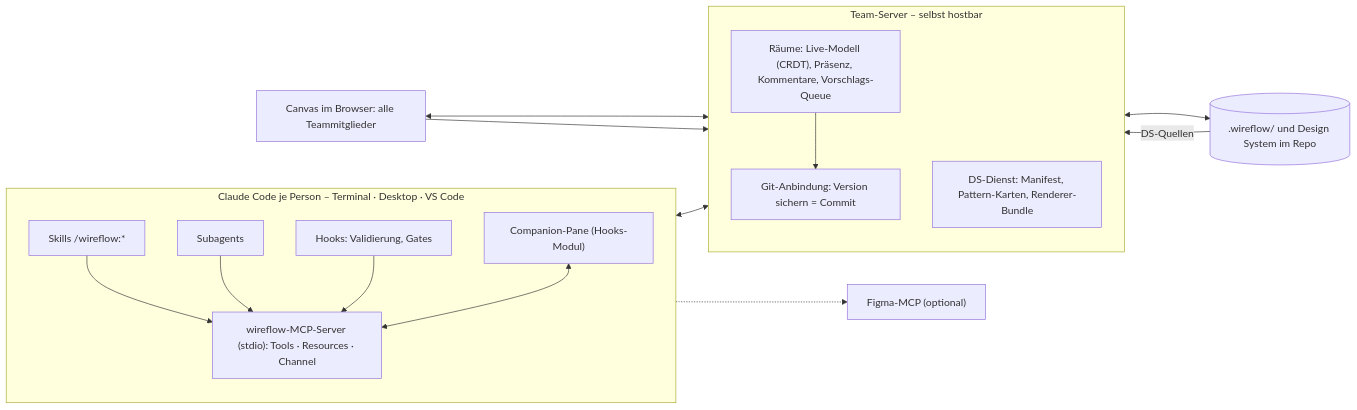
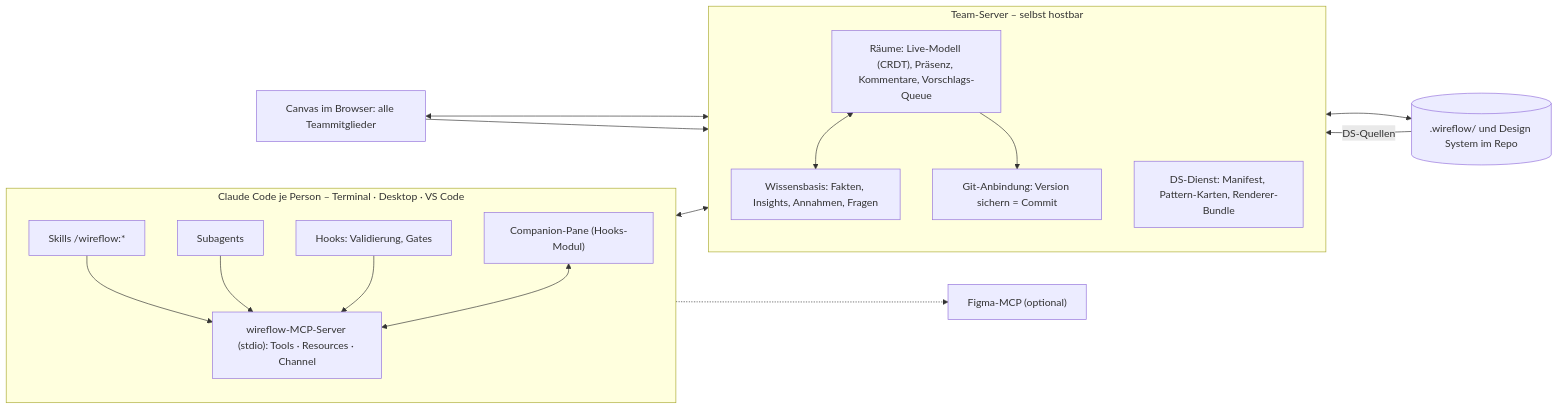
Before and after one commit to Arcade1080/awesome-uxe: the second of 5 diagrams in concepts/wireflow-studio/README.md, drawn with Mermaid. The commit also changed other lines of this file and 2 other files, not shown here.

````diff
--- a/concepts/wireflow-studio/README.md
+++ b/concepts/wireflow-studio/README.md
@@ -335,32 +358,34 @@
 ```mermaid
 flowchart LR
   subgraph CC["Claude Code je Person – Terminal · Desktop · VS Code"]
     direction TB
     SK["Skills /wireflow:*"]
     AG["Subagents"]
     HK["Hooks: Validierung, Gates"]
     PN["Companion-Pane (Hooks-Modul)"]
     MCP["wireflow-MCP-Server (stdio): Tools · Resources · Channel"]
   end
   subgraph TS["Team-Server – selbst hostbar"]
     direction TB
     ROOM["Räume: Live-Modell (CRDT), Präsenz, Kommentare, Vorschlags-Queue"]
+    KB["Wissensbasis: Fakten, Insights, Annahmen, Fragen"]
     DSS["DS-Dienst: Manifest, Pattern-Karten, Renderer-Bundle"]
     GIT["Git-Anbindung: Version sichern = Commit"]
   end
   BR["Canvas im Browser: alle Teammitglieder"]
   REPO[(".wireflow/ und Design System im Repo")]
   FIG["Figma-MCP (optional)"]
 
   SK --> MCP
   AG --> MCP
   HK --> MCP
   PN <--> MCP
   MCP <--> ROOM
   BR <--> ROOM
   BR --> DSS
+  ROOM <--> KB
   ROOM --> GIT
   GIT <--> REPO
   REPO -- "DS-Quellen" --> DSS
   AG -.-> FIG
 ```
````
